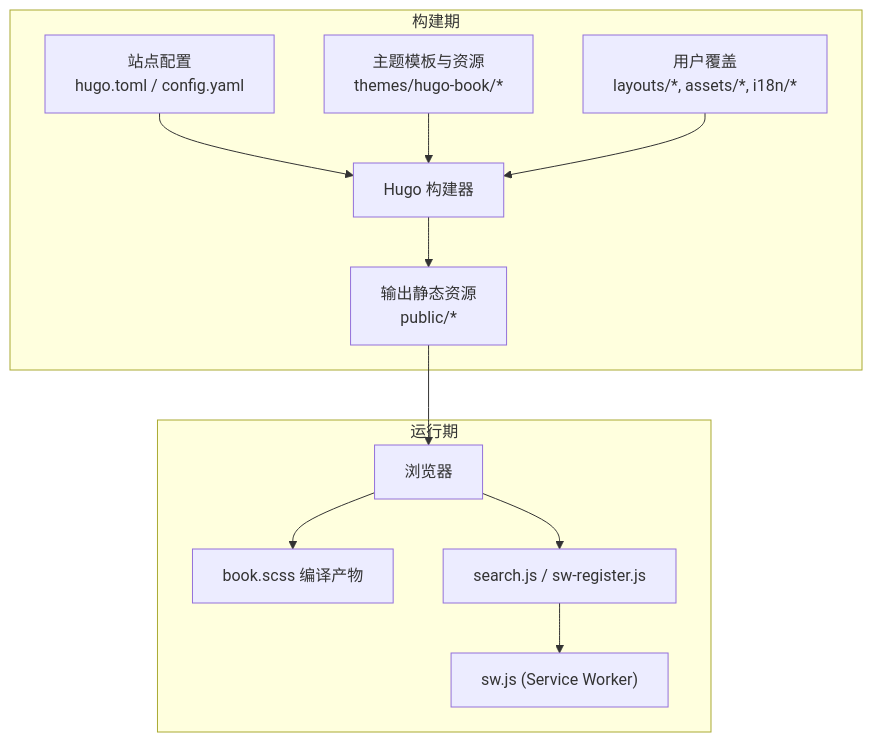
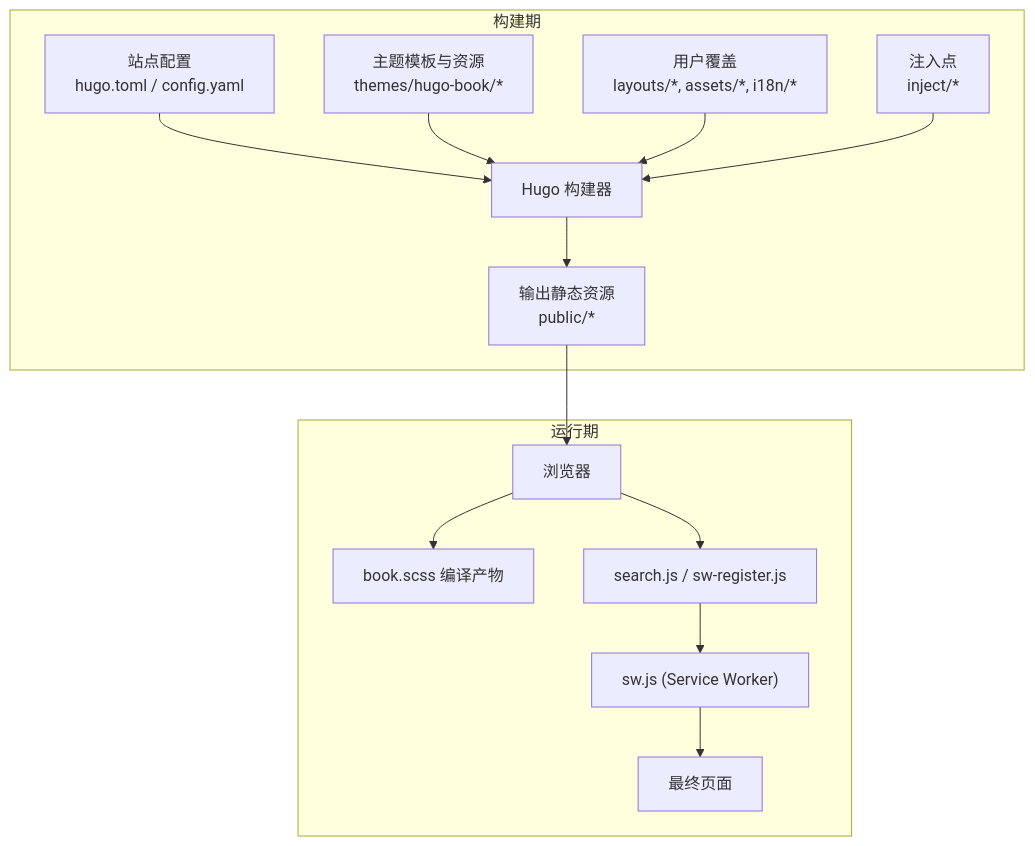
One commit to nianjiang/nianjiang.github.io changed the second of 9 diagrams in .qoder/repowiki/zh/content/主题定制/主题定制.md. Above: the diagram before and after it, drawn with Mermaid. The commit also changed other lines of this file and 21 other files, not shown here.

````diff
--- a/.qoder/repowiki/zh/content/主题定制/主题定制.md
+++ b/.qoder/repowiki/zh/content/主题定制/主题定制.md
@@ -138,24 +157,28 @@
 ```mermaid
 graph TB
 subgraph "构建期"
 HUGO["Hugo 构建器"]
 CFG["站点配置<br/>hugo.toml / config.yaml"]
 THEME["主题模板与资源<br/>themes/hugo-book/*"]
 USERL["用户覆盖<br/>layouts/*, assets/*, i18n/*"]
+INJECT["注入点<br/>inject/*"]
 OUT["输出静态资源<br/>public/*"]
 end
 subgraph "运行期"
 BR["浏览器"]
 CSS["book.scss 编译产物"]
 JS["search.js / sw-register.js"]
 SW["sw.js (Service Worker)"]
+END["最终页面"]
 end
 CFG --> HUGO
 THEME --> HUGO
 USERL --> HUGO
+INJECT --> HUGO
 HUGO --> OUT
 OUT --> BR
 BR --> CSS
 BR --> JS
 JS --> SW
+SW --> END
 ```
````
